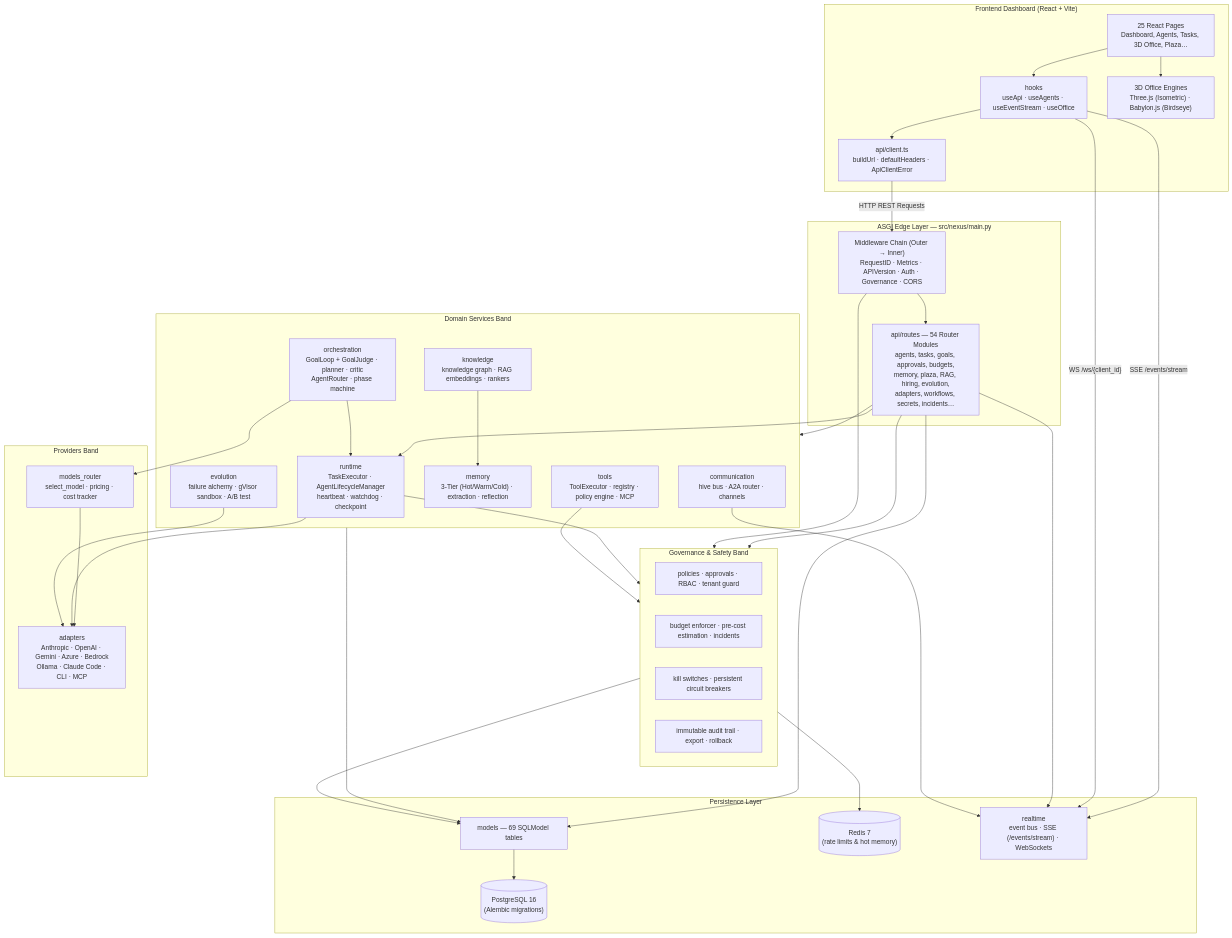
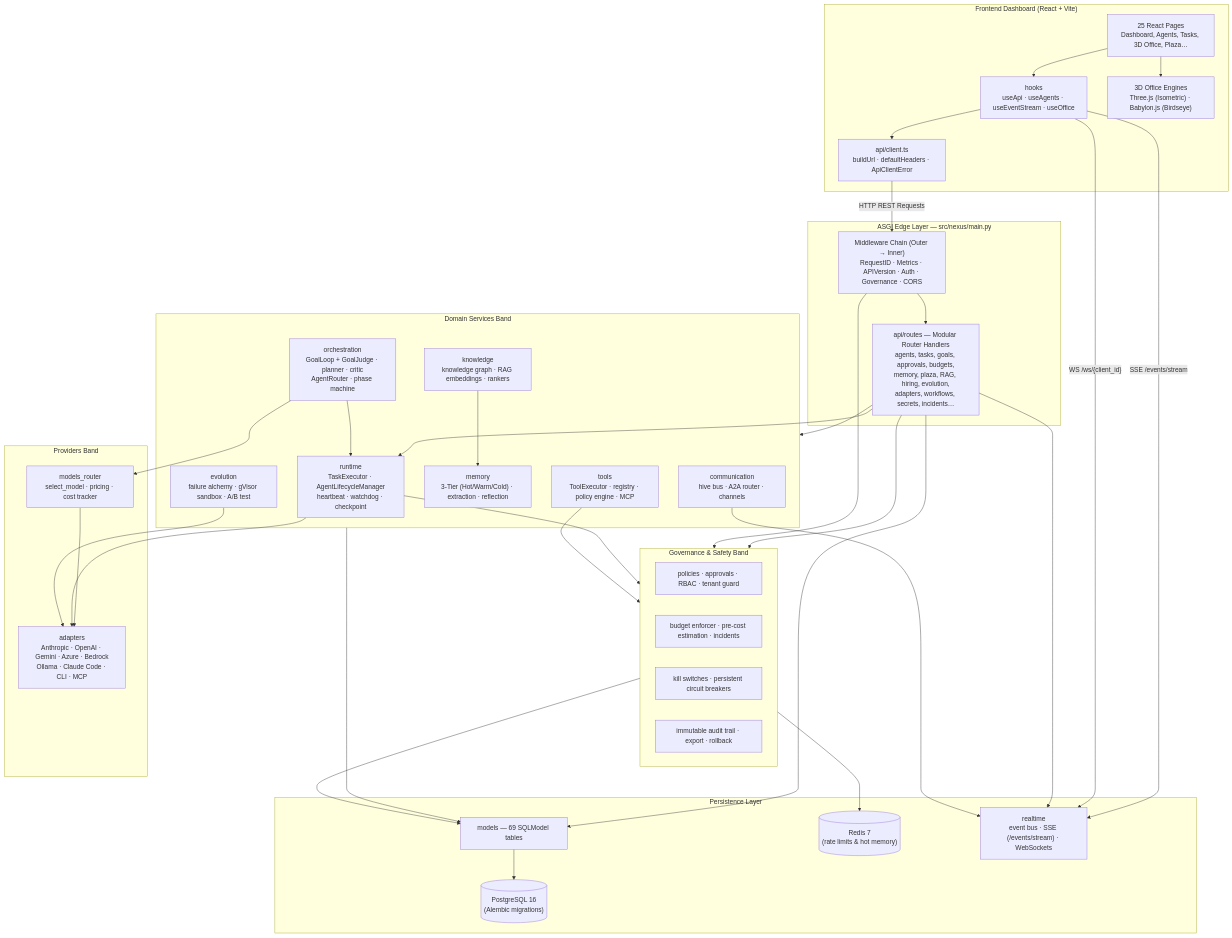
The diagram in ARCHITECTURE.md (naviyanka/NVLabsCompany), drawn with Mermaid before and after one commit. The commit also changed other lines of this file and 3 other files, not shown here.

````diff
--- a/ARCHITECTURE.md
+++ b/ARCHITECTURE.md
@@ -66,71 +68,71 @@
 ```mermaid
 graph TB
     subgraph Client["Frontend Dashboard (React + Vite)"]
         Pages["25 React Pages<br/>Dashboard, Agents, Tasks, 3D Office, Plaza…"]
         Hooks["hooks<br/>useApi · useAgents · useEventStream · useOffice"]
         ApiC["api/client.ts<br/>buildUrl · defaultHeaders · ApiClientError"]
         Office3D["3D Office Engines<br/>Three.js (Isometric) · Babylon.js (Birdseye)"]
         Pages --> Hooks --> ApiC
         Pages --> Office3D
     end
 
     subgraph Edge["ASGI Edge Layer — src/nexus/main.py"]
         MW["Middleware Chain (Outer → Inner)<br/>RequestID · Metrics · APIVersion · Auth · Governance · CORS"]
-        Routes["api/routes — 54 Router Modules<br/>agents, tasks, goals, approvals, budgets,<br/>memory, plaza, RAG, hiring, evolution,<br/>adapters, workflows, secrets, incidents…"]
+        Routes["api/routes — Modular Router Handlers<br/>agents, tasks, goals, approvals, budgets,<br/>memory, plaza, RAG, hiring, evolution,<br/>adapters, workflows, secrets, incidents…"]
         MW --> Routes
     end
 
     subgraph Domain["Domain Services Band"]
         Runtime["runtime<br/>TaskExecutor · AgentLifecycleManager<br/>heartbeat · watchdog · checkpoint"]
         Orch["orchestration<br/>GoalLoop + GoalJudge · planner · critic<br/>AgentRouter · phase machine"]
         Tools["tools<br/>ToolExecutor · registry · policy engine · MCP"]
         Mem["memory<br/>3-Tier (Hot/Warm/Cold) · extraction · reflection"]
         Know["knowledge<br/>knowledge graph · RAG embeddings · rankers"]
         Comm["communication<br/>hive bus · A2A router · channels"]
         Evo["evolution<br/>failure alchemy · gVisor sandbox · A/B test"]
     end
 
     subgraph Gov["Governance & Safety Band"]
         Pol["policies · approvals · RBAC · tenant guard"]
         Budget["budget enforcer · pre-cost estimation · incidents"]
         Safety["kill switches · persistent circuit breakers"]
         Audit["immutable audit trail · export · rollback"]
     end
 
     subgraph Providers["Providers Band"]
         MRouter["models_router<br/>select_model · pricing · cost tracker"]
         Adapters["adapters<br/>Anthropic · OpenAI · Gemini · Azure · Bedrock<br/>Ollama · Claude Code · CLI · MCP"]
         MRouter --> Adapters
     end
 
     subgraph Data["Persistence Layer"]
         Models["models — 69 SQLModel tables"]
         PG[("PostgreSQL 16<br/>(Alembic migrations)")]
         Redis[("Redis 7<br/>(rate limits & hot memory)")]
         RT["realtime<br/>event bus · SSE (/events/stream) · WebSockets"]
         Models --> PG
     end
 
     ApiC -->|"HTTP REST Requests"| MW
     Hooks -->|"SSE /events/stream"| RT
     Hooks -->|"WS /ws/{client_id}"| RT
 
     Routes --> Runtime
     Routes --> Domain
     Routes --> Gov
     Routes --> Models
     Routes --> RT
 
     MW --> Gov
     Runtime --> Gov
     Tools --> Gov
     Runtime --> Adapters
     Orch --> Runtime
     Orch --> MRouter
     Evo --> Adapters
     Know --> Mem
     Domain --> Models
     Gov --> Redis
     Gov --> Models
     Comm --> RT
 ```
````
